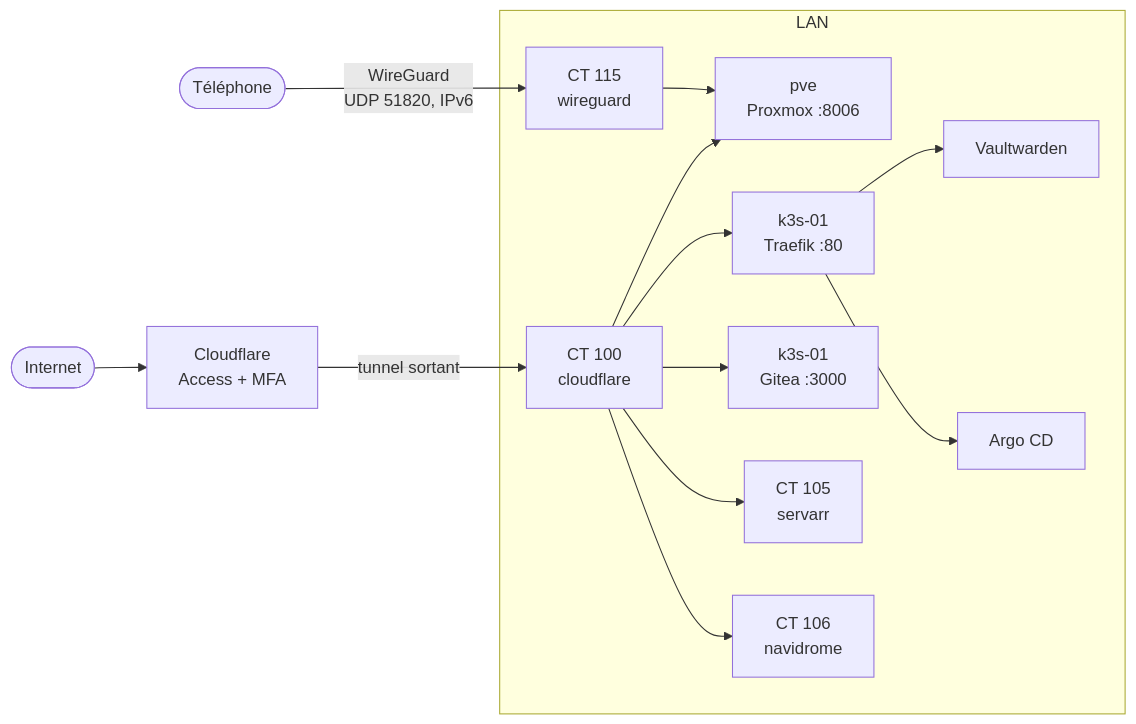
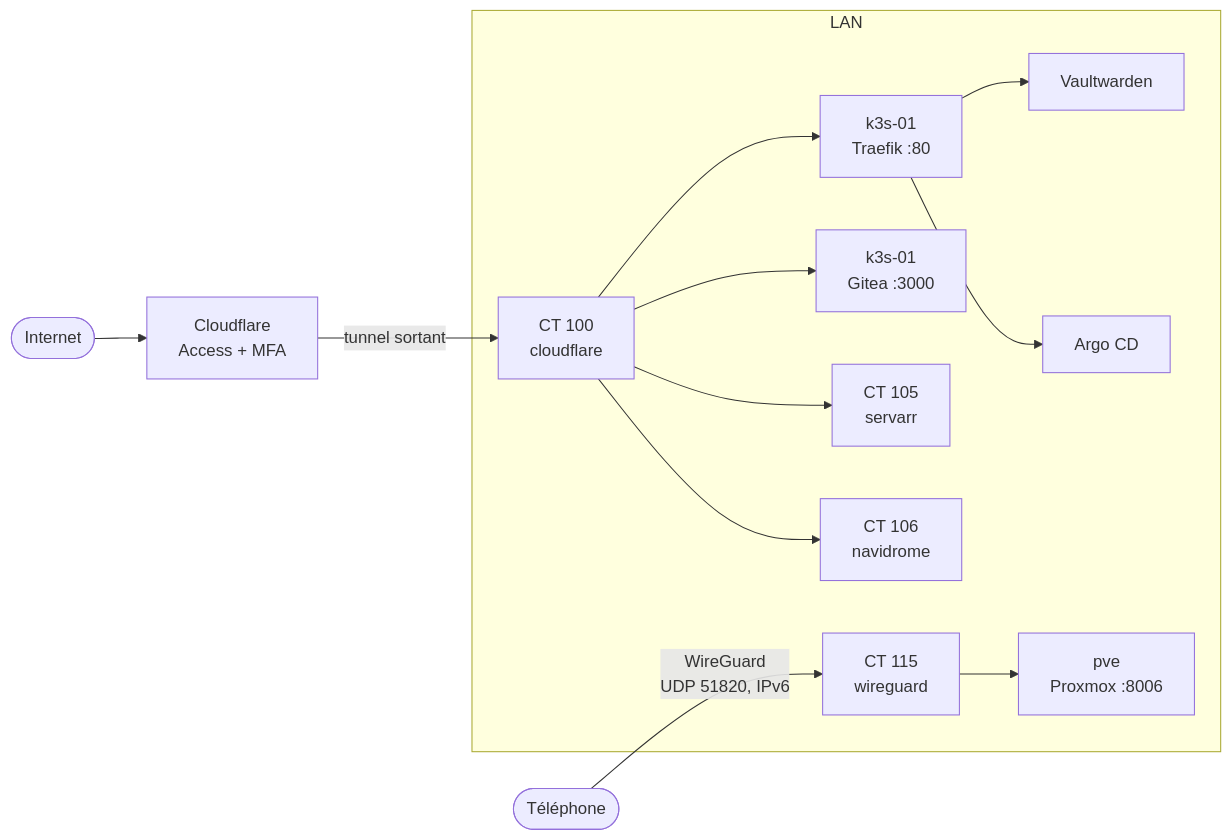
One commit to TLGitDev/homelab-public changed the diagram in docs/vue-ensemble/architecture.md. Above: the diagram before and after it, drawn with Mermaid. The commit also changed other lines of this file and 1 other file, not shown here.

First line of the commit message:
Noter la désactivation de la route Cloudflare de Proxmox

````diff
--- a/docs/vue-ensemble/architecture.md
+++ b/docs/vue-ensemble/architecture.md
@@ -9,17 +9,16 @@
 ```mermaid
 flowchart LR
     U([Internet]) --> CF["Cloudflare<br/>Access + MFA"]
     T([Téléphone]) -->|"WireGuard<br/>UDP 51820, IPv6"| WG["CT 115<br/>wireguard"]
     CF -->|"tunnel sortant"| C100["CT 100<br/>cloudflare"]
 
     subgraph LAN["LAN <réseau-lan>"]
-        C100 --> PVE["pve<br/>Proxmox :8006"]
         C100 --> TR["k3s-01<br/>Traefik :80"]
         C100 --> GI["k3s-01<br/>Gitea :3000"]
         C100 --> SV["CT 105<br/>servarr"]
         C100 --> ND["CT 106<br/>navidrome"]
         TR --> VW["Vaultwarden"]
         TR --> AR["Argo CD"]
-        WG --> PVE
+        WG --> PVE["pve<br/>Proxmox :8006"]
     end
 ```
````
